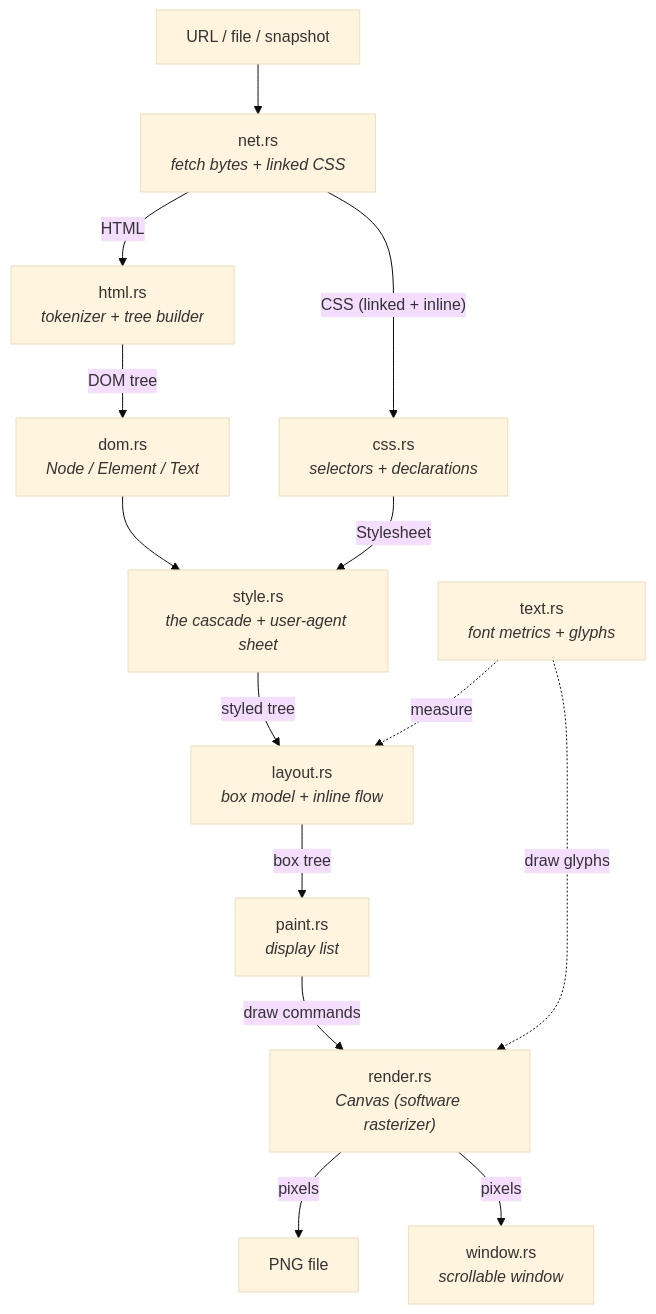
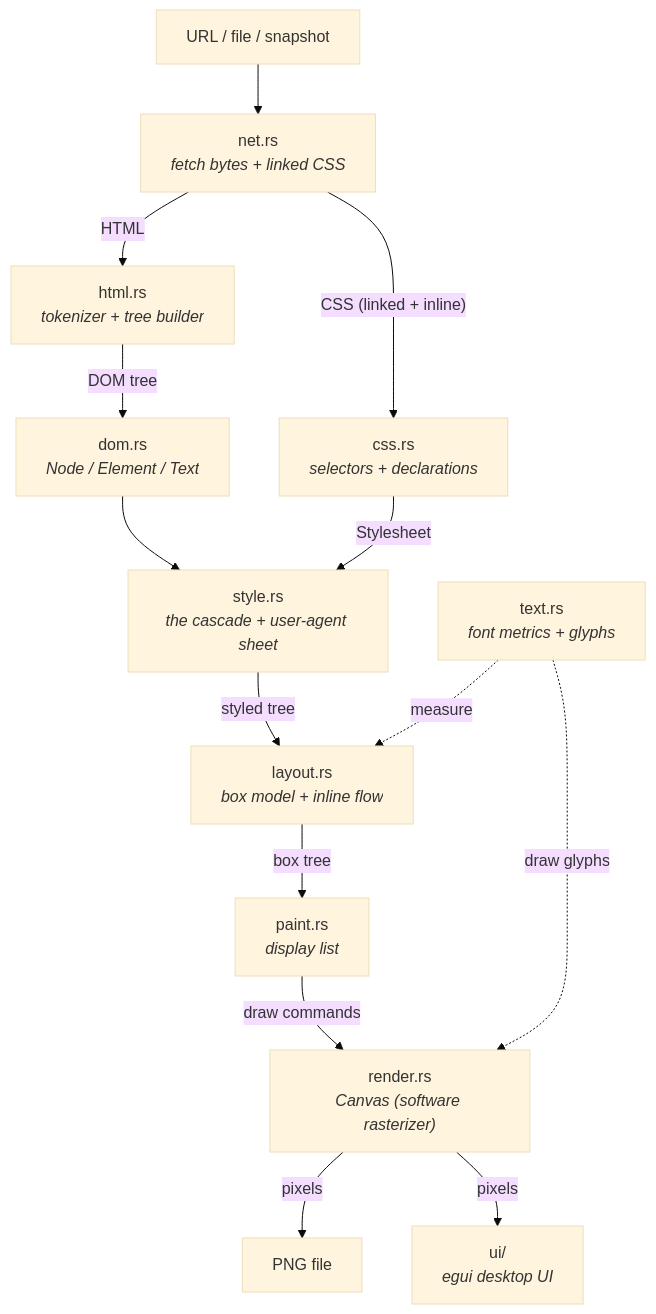
Before and after one commit to justinasRm/rust-browser: the diagram in README.md, drawn with Mermaid (base theme). The commit also changed other lines of this file and 10 other files, not shown here.

````diff
--- a/README.md
+++ b/README.md
@@ -96,21 +96,21 @@
 ```mermaid
 flowchart TD
     URL["URL / file / snapshot"] --> NET["net.rs<br/><i>fetch bytes + linked CSS</i>"]
 
     NET -->|HTML| HTML["html.rs<br/><i>tokenizer + tree builder</i>"]
     HTML -->|DOM tree| DOM["dom.rs<br/><i>Node / Element / Text</i>"]
     NET -->|"CSS (linked + inline)"| CSS["css.rs<br/><i>selectors + declarations</i>"]
 
     DOM --> STYLE["style.rs<br/><i>the cascade + user-agent sheet</i>"]
     CSS -->|Stylesheet| STYLE
     STYLE -->|styled tree| LAYOUT["layout.rs<br/><i>box model + inline flow</i>"]
 
     LAYOUT -->|box tree| PAINT["paint.rs<br/><i>display list</i>"]
     PAINT -->|draw commands| RENDER["render.rs<br/><i>Canvas (software rasterizer)</i>"]
 
     TEXT["text.rs<br/><i>font metrics + glyphs</i>"] -. measure .-> LAYOUT
     TEXT -. draw glyphs .-> RENDER
 
     RENDER -->|pixels| PNG["PNG file"]
-    RENDER -->|pixels| WIN["window.rs<br/><i>scrollable window</i>"]
+    RENDER -->|pixels| WIN["ui/<br/><i>egui desktop UI</i>"]
 ```
````
